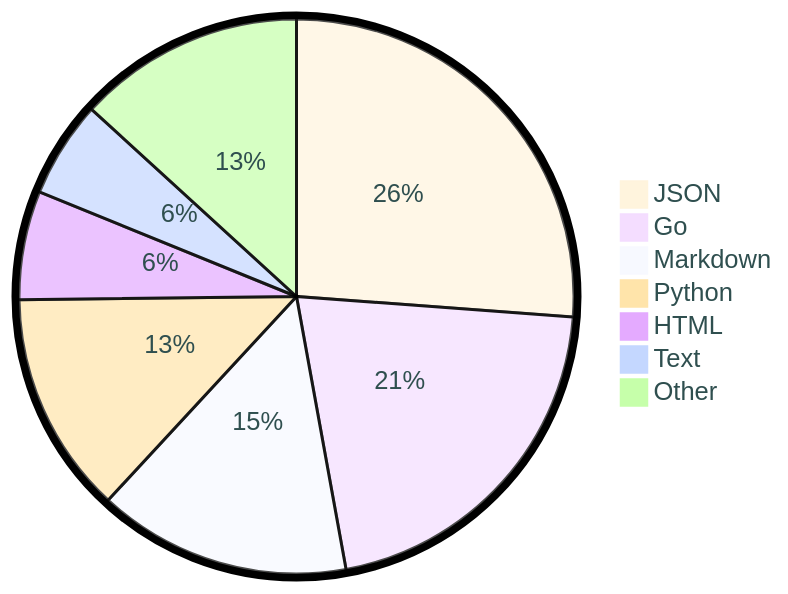
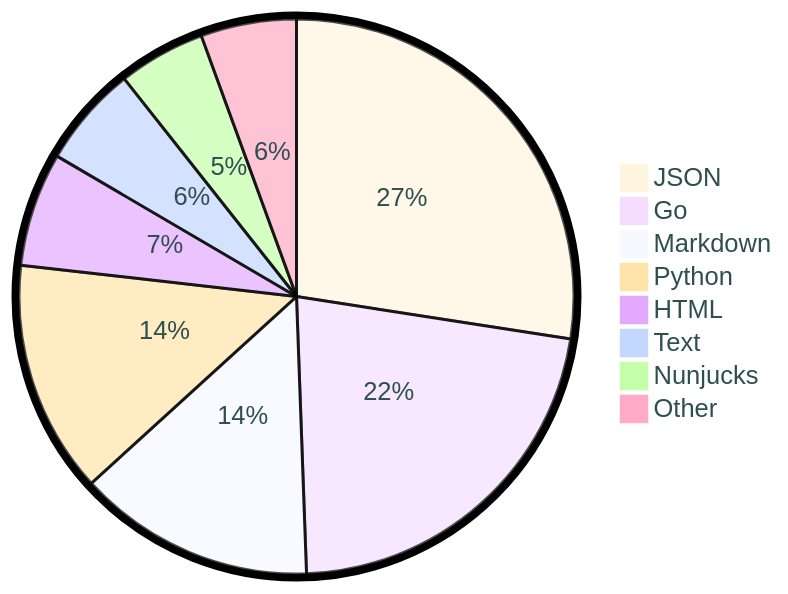
Before and after one commit to tot0p/tot0p: the diagram in README.md, drawn with Mermaid. The commit also changed other lines of this file, not shown here.

````diff
--- a/README.md
+++ b/README.md
@@ -127,11 +126,12 @@
 ```mermaid
 %%{init: {"pie": {"textPosition": 0.5}, "themeVariables": {"pieOuterStrokeWidth": "5px","primaryTextColor" : "#2F4F4F"},"theme":"base"} }%%
 pie
-	"JSON": 26.18
-	"Go": 20.96
-	"Markdown": 14.74
-	"Python": 12.93
-	"HTML": 6.34
-	"Text": 5.63
-	"Other": 13.22
+	"JSON": 27.45
+	"Go": 21.97
+	"Markdown": 13.82
+	"Python": 13.55
+	"HTML": 6.64
+	"Text": 5.91
+	"Nunjucks": 5.08
+	"Other": 5.569999999999999
 ```
````
